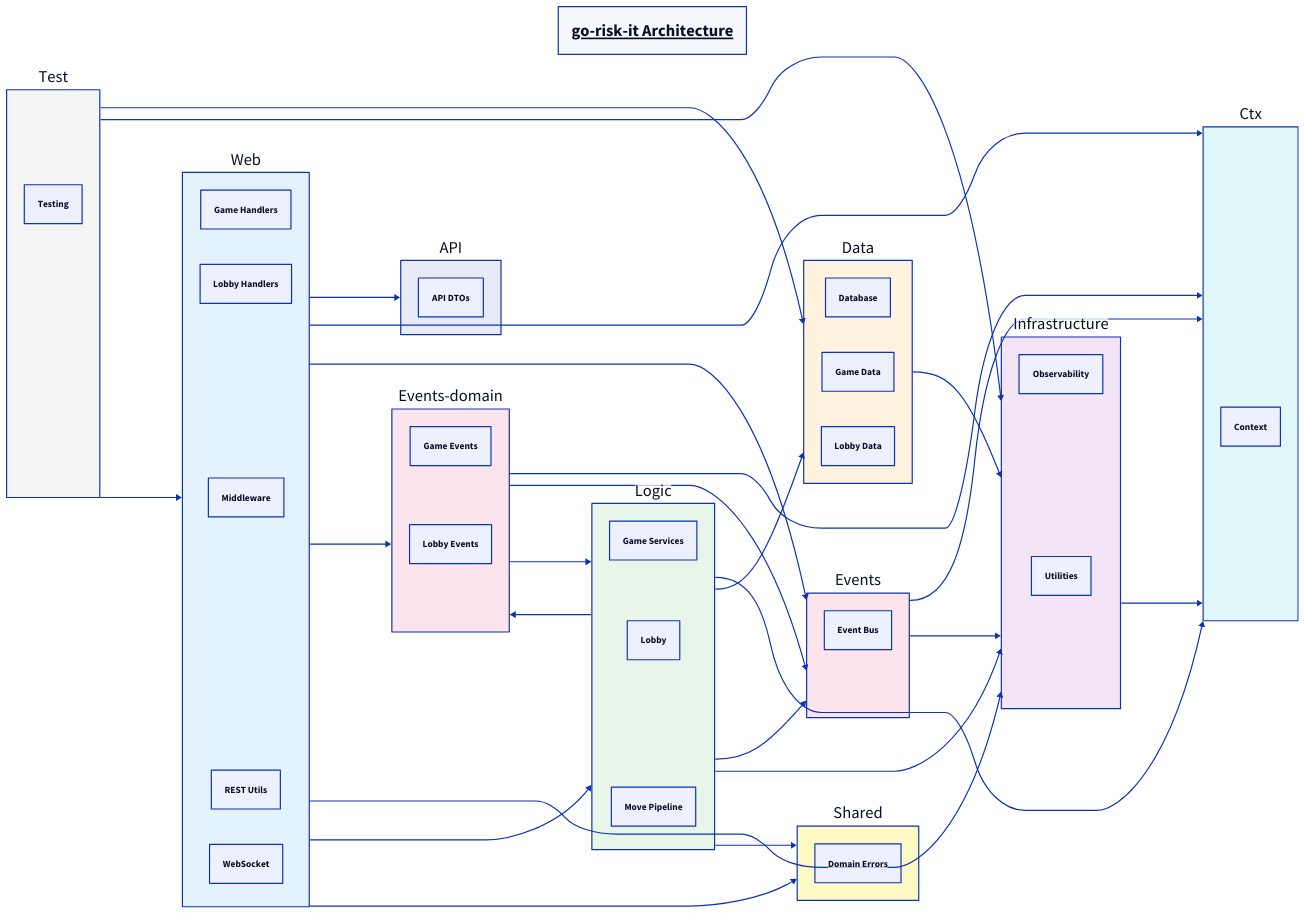
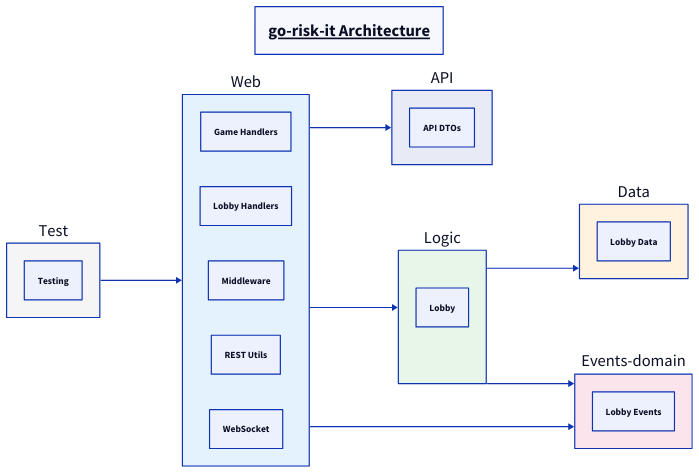
The diagram in docs/architecture-diagram.d2 (go-risk-it/go-risk-it), drawn with D2 before and after one commit. The commit also changed 52 other files, not shown here.

```diff
--- a/docs/architecture-diagram.d2
+++ b/docs/architecture-diagram.d2
@@ -1,95 +1,52 @@
 # Architecture diagram — auto-generated by cmd/archdiagram.
 # Do not edit manually; run 'make diagrams' to regenerate.
 
 title: go-risk-it Architecture {
   near: top-center
   style.font-size: 28
   style.underline: true
 }
 
 direction: right
 
 api: API {
   style.fill: "#E8EAF6"
   api_dtos: "API DTOs"
 }
 
-infrastructure: Infrastructure {
-  style.fill: "#F3E5F5"
-  observability: "Observability"
-  utilities: "Utilities"
-}
-
-ctx: Ctx {
-  style.fill: "#E0F7FA"
-  context: "Context"
-}
-
 data: Data {
   style.fill: "#FFF3E0"
-  database: "Database"
-  game_data: "Game Data"
   lobby_data: "Lobby Data"
-}
-
-events: Events {
-  style.fill: "#FCE4EC"
-  event_bus: "Event Bus"
 }
 
 events_domain: Events-domain {
   style.fill: "#FCE4EC"
-  game_events: "Game Events"
   lobby_events: "Lobby Events"
-}
-
-shared: Shared {
-  style.fill: "#FFF9C4"
-  domain_errors: "Domain Errors"
 }
 
 logic: Logic {
   style.fill: "#E8F5E9"
-  game_services: "Game Services"
   lobby_logic: "Lobby"
-  move_pipeline: "Move Pipeline"
 }
 
 web: Web {
   style.fill: "#E3F2FD"
   game_handlers: "Game Handlers"
   lobby_handlers: "Lobby Handlers"
   middleware: "Middleware"
   rest_utils: "REST Utils"
   websocket: "WebSocket"
 }
 
 test: Test {
   style.fill: "#F5F5F5"
   testing: "Testing"
 }
 
 # Cross-layer dependencies (layer-to-layer)
-data -> infrastructure
-events -> ctx
-events -> infrastructure
-events_domain -> ctx
-events_domain -> events
-events_domain -> logic
-infrastructure -> ctx
-logic -> ctx
 logic -> data
-logic -> events
 logic -> events_domain
-logic -> infrastructure
-logic -> shared
-test -> data
-test -> infrastructure
 test -> web
 web -> api
-web -> ctx
-web -> events
 web -> events_domain
-web -> infrastructure
 web -> logic
-web -> shared
```
